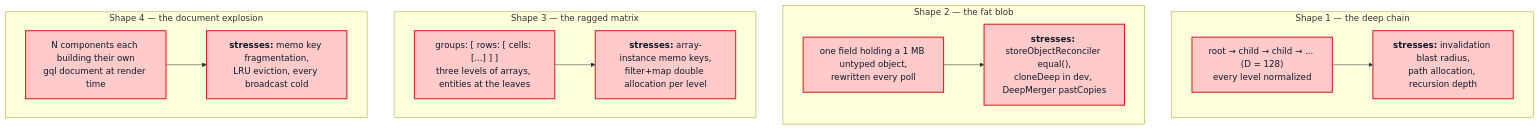
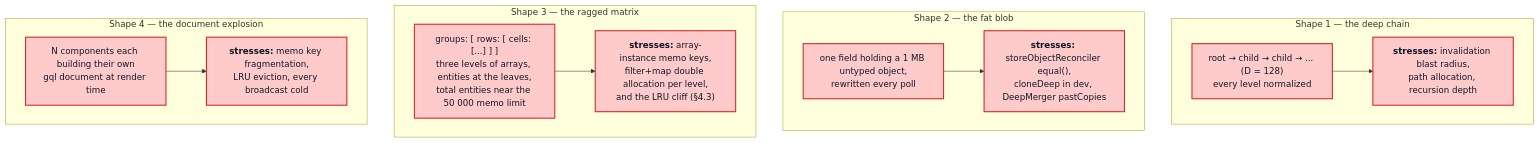
Before and after one commit to convict-git/fast-gql-cache-rs: diagram 13 of 14 in docs/apollo-client-inmemory-cache-performance.md, drawn with Mermaid. The commit also changed other lines of this file and 2 other files, not shown here.

````diff
--- a/docs/apollo-client-inmemory-cache-performance.md
+++ b/docs/apollo-client-inmemory-cache-performance.md
@@ -1022,28 +1177,28 @@
 ```mermaid
 flowchart TB
     subgraph s1["Shape 1 — the deep chain"]
         A1["root → child → child → ... (D = 128)<br/>every level normalized"]:::dirty
         A2["<b>stresses:</b> invalidation blast radius,<br/>path allocation, recursion depth"]:::dirty
         A1 --> A2
     end
 
     subgraph s2["Shape 2 — the fat blob"]
         B1["one field holding a 1 MB untyped object,<br/>rewritten every poll"]:::dirty
         B2["<b>stresses:</b> storeObjectReconciler equal(),<br/>cloneDeep in dev, DeepMerger pastCopies"]:::dirty
         B1 --> B2
     end
 
     subgraph s3["Shape 3 — the ragged matrix"]
-        C1["groups: [ rows: [ cells: [...] ] ]<br/>three levels of arrays, entities at the leaves"]:::dirty
-        C2["<b>stresses:</b> array-instance memo keys,<br/>filter+map double allocation per level"]:::dirty
+        C1["groups: [ rows: [ cells: [...] ] ]<br/>three levels of arrays, entities at the leaves,<br/>total entities near the 50 000 memo limit"]:::dirty
+        C2["<b>stresses:</b> array-instance memo keys,<br/>filter+map double allocation per level,<br/>and the LRU cliff (§4.3)"]:::dirty
         C1 --> C2
     end
 
     subgraph s4["Shape 4 — the document explosion"]
         D1["N components each building their own<br/>gql document at render time"]:::dirty
         D2["<b>stresses:</b> memo key fragmentation,<br/>LRU eviction, every broadcast cold"]:::dirty
         D1 --> D2
     end
 
     classDef dirty fill:#fecaca,stroke:#dc2626,stroke-width:2px,color:#0f172a
 ```
````
